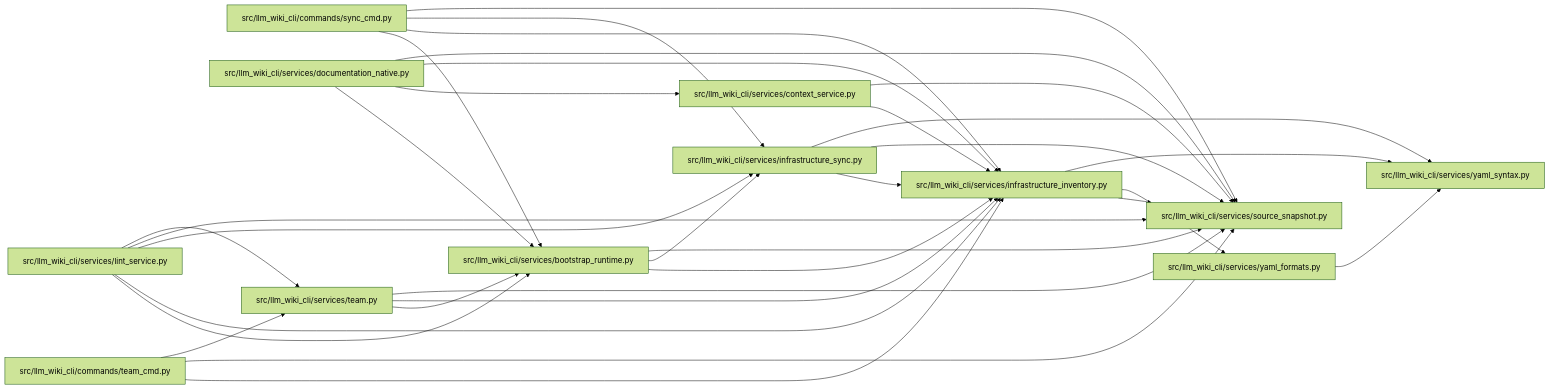
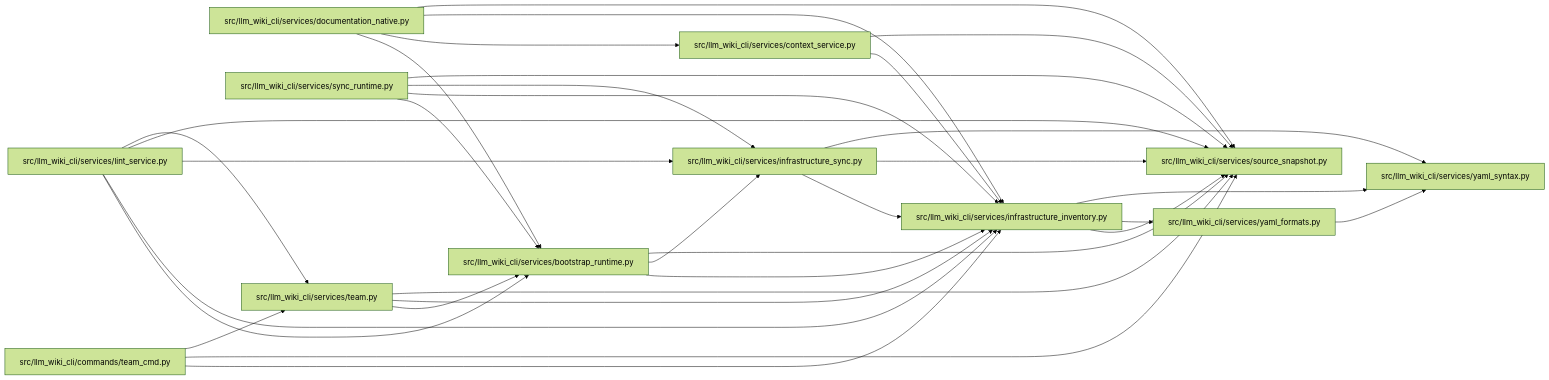
One commit to Denissvgn/python-wiki-llm changed the diagram in docs/llm_wiki/modules/infrastructure_inventory.md. Above: the diagram before and after it, drawn with Mermaid (forest theme). The commit also changed other lines of this file and 1555 other files, not shown here.

````diff
--- a/docs/llm_wiki/modules/infrastructure_inventory.md
+++ b/docs/llm_wiki/modules/infrastructure_inventory.md
@@ -32,58 +32,58 @@
 ```mermaid
 flowchart LR
-    n0["src/llm_wiki_cli/commands/sync_cmd.py"]
-    n1["src/llm_wiki_cli/commands/team_cmd.py"]
-    n2["src/llm_wiki_cli/services/bootstrap_runtime.py"]
-    n3["src/llm_wiki_cli/services/context_service.py"]
-    n4["src/llm_wiki_cli/services/documentation_native.py"]
-    n5["src/llm_wiki_cli/services/infrastructure_inventory.py"]
-    n6["src/llm_wiki_cli/services/infrastructure_sync.py"]
-    n7["src/llm_wiki_cli/services/lint_service.py"]
-    n8["src/llm_wiki_cli/services/source_snapshot.py"]
+    n0["src/llm_wiki_cli/commands/team_cmd.py"]
+    n1["src/llm_wiki_cli/services/bootstrap_runtime.py"]
+    n2["src/llm_wiki_cli/services/context_service.py"]
+    n3["src/llm_wiki_cli/services/documentation_native.py"]
+    n4["src/llm_wiki_cli/services/infrastructure_inventory.py"]
+    n5["src/llm_wiki_cli/services/infrastructure_sync.py"]
+    n6["src/llm_wiki_cli/services/lint_service.py"]
+    n7["src/llm_wiki_cli/services/source_snapshot.py"]
+    n8["src/llm_wiki_cli/services/sync_runtime.py"]
     n9["src/llm_wiki_cli/services/team.py"]
     n10["src/llm_wiki_cli/services/yaml_formats.py"]
     n11["src/llm_wiki_cli/services/yaml_syntax.py"]
-    n0 --> n2
-    n0 --> n5
-    n0 --> n6
-    n0 --> n8
+    n0 --> n4
+    n0 --> n7
+    n0 --> n9
+    n1 --> n4
     n1 --> n5
-    n1 --> n8
-    n1 --> n9
-    n2 --> n5
-    n2 --> n6
-    n2 --> n8
-    n3 --> n5
-    n3 --> n8
-    n4 --> n2
-    n4 --> n3
-    n4 --> n5
-    n4 --> n8
-    n5 --> n8
-    n5 --> n10
+    n1 --> n7
+    n2 --> n4
+    n2 --> n7
+    n3 --> n1
+    n3 --> n2
+    n3 --> n4
+    n3 --> n7
+    n4 --> n7
+    n4 --> n10
+    n4 --> n11
+    n5 --> n4
+    n5 --> n7
     n5 --> n11
+    n6 --> n1
+    n6 --> n4
     n6 --> n5
-    n6 --> n8
-    n6 --> n11
-    n7 --> n2
-    n7 --> n5
-    n7 --> n6
-    n7 --> n8
-    n7 --> n9
-    n9 --> n2
-    n9 --> n5
-    n9 --> n8
+    n6 --> n7
+    n6 --> n9
+    n8 --> n1
+    n8 --> n4
+    n8 --> n5
+    n8 --> n7
+    n9 --> n1
+    n9 --> n4
+    n9 --> n7
     n10 --> n11
-    click n0 "../modules/sync_cmd.md"
-    click n1 "../modules/team_cmd.md"
-    click n2 "../modules/bootstrap_runtime.md"
-    click n3 "../modules/context_service.md"
-    click n4 "../modules/documentation_native.md"
-    click n5 "../modules/infrastructure_inventory.md"
-    click n6 "../modules/infrastructure_sync.md"
-    click n7 "../modules/lint_service.md"
-    click n8 "../modules/source_snapshot.md"
+    click n0 "../modules/team_cmd.md"
+    click n1 "../modules/bootstrap_runtime.md"
+    click n2 "../modules/context_service.md"
+    click n3 "../modules/documentation_native.md"
+    click n4 "../modules/infrastructure_inventory.md"
+    click n5 "../modules/infrastructure_sync.md"
+    click n6 "../modules/lint_service.md"
+    click n7 "../modules/source_snapshot.md"
+    click n8 "../modules/sync_runtime.md"
     click n9 "../modules/team.md"
     click n10 "../modules/yaml_formats.md"
     click n11 "../modules/yaml_syntax.md"
 ```
````
